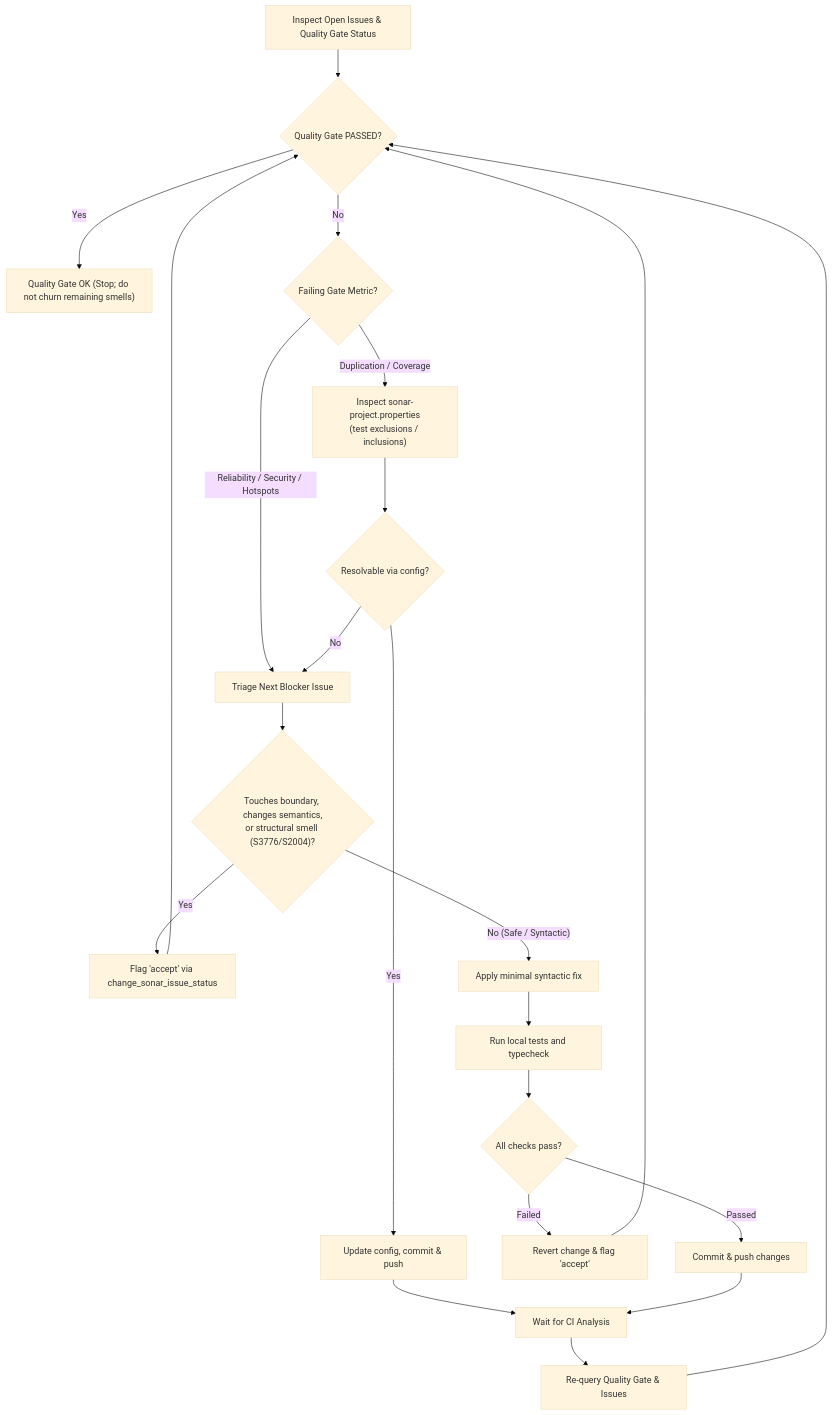
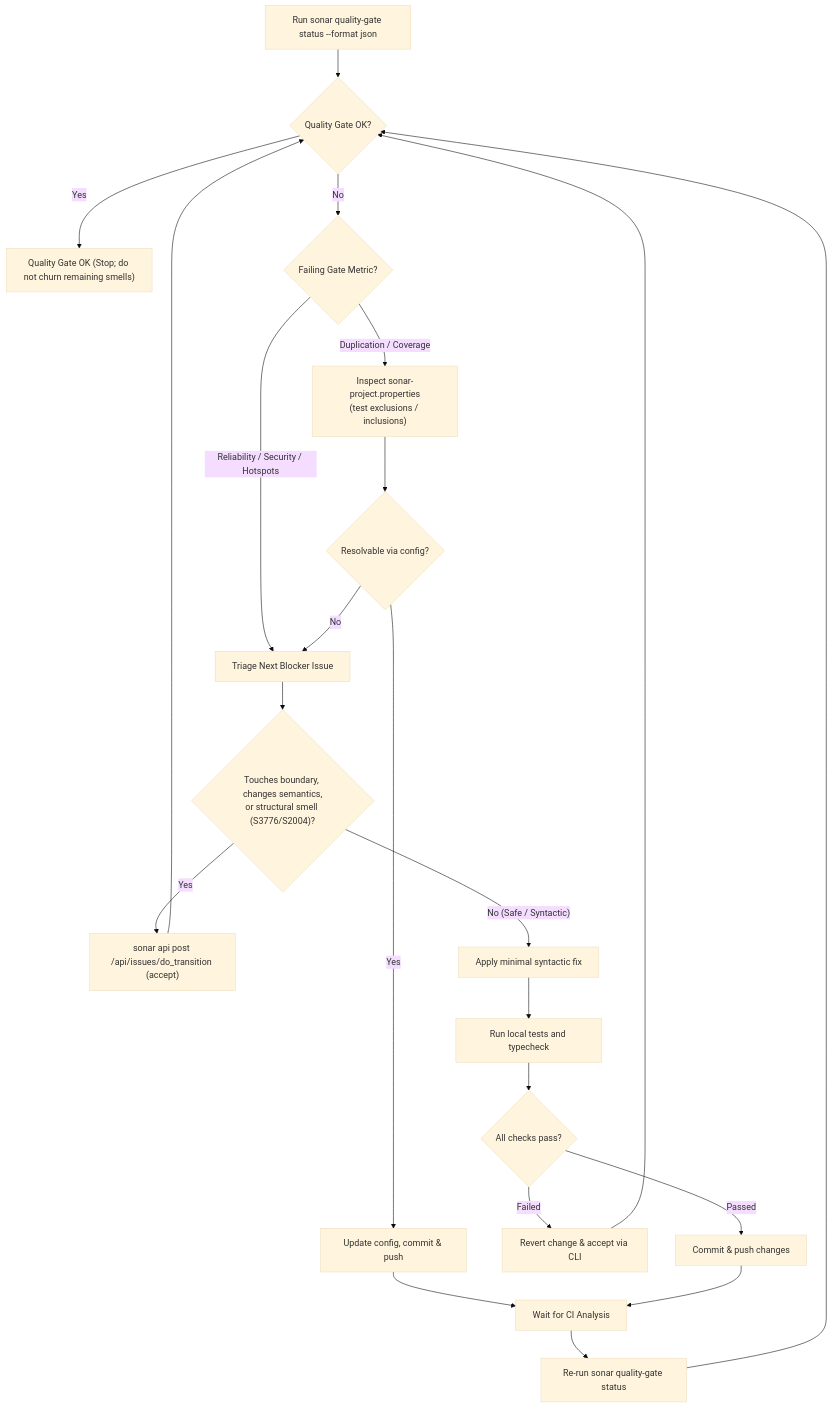
One commit to loerei/myskills changed the diagram in quality/sonar-remediation/SKILL.md. Above: the diagram before and after it, drawn with Mermaid (base theme). The commit also changed other lines of this file and 3 other files, not shown here.

Commit message:
refactor(skills): switch sonar-remediation and sonarcloud-ci-workflow to sonarqube-cli and v6 action

````diff
--- a/quality/sonar-remediation/SKILL.md
+++ b/quality/sonar-remediation/SKILL.md
@@ -45,19 +49,19 @@
 ```mermaid
 flowchart TD
-    InspectIssues["Inspect Open Issues & Quality Gate Status"] --> CheckGate{"Quality Gate PASSED?"}
+    InspectIssues["Run sonar quality-gate status --format json"] --> CheckGate{"Quality Gate OK?"}
     CheckGate -->|"Yes"| Done["Quality Gate OK (Stop; do not churn remaining smells)"]
     CheckGate -->|"No"| CheckMetric{"Failing Gate Metric?"}
     CheckMetric -->|"Duplication / Coverage"| CheckConfig["Inspect sonar-project.properties<br/>(test exclusions / inclusions)"]
     CheckMetric -->|"Reliability / Security / Hotspots"| TriageIssue["Triage Next Blocker Issue"]
     CheckConfig --> ConfigFix{"Resolvable via config?"}
     ConfigFix -->|"Yes"| ApplyConfig["Update config, commit & push"] --> WaitCI["Wait for CI Analysis"]
     ConfigFix -->|"No"| TriageIssue
     TriageIssue --> RiskEval{"Touches boundary, changes semantics,<br/>or structural smell (S3776/S2004)?"}
-    RiskEval -->|"Yes"| FlagAccept["Flag 'accept' via change_sonar_issue_status"] --> CheckGate
+    RiskEval -->|"Yes"| FlagAccept["sonar api post /api/issues/do_transition (accept)"] --> CheckGate
     RiskEval -->|"No (Safe / Syntactic)"| ApplyFix["Apply minimal syntactic fix"]
     ApplyFix --> RunTests["Run local tests and typecheck"]
     RunTests --> TestResult{"All checks pass?"}
-    TestResult -->|"Failed"| Rollback["Revert change & flag 'accept'"] --> CheckGate
+    TestResult -->|"Failed"| Rollback["Revert change & accept via CLI"] --> CheckGate
     TestResult -->|"Passed"| CommitPush["Commit & push changes"] --> WaitCI
-    WaitCI --> ReQuery["Re-query Quality Gate & Issues"] --> CheckGate
+    WaitCI --> ReQuery["Re-run sonar quality-gate status"] --> CheckGate
 ```
````
